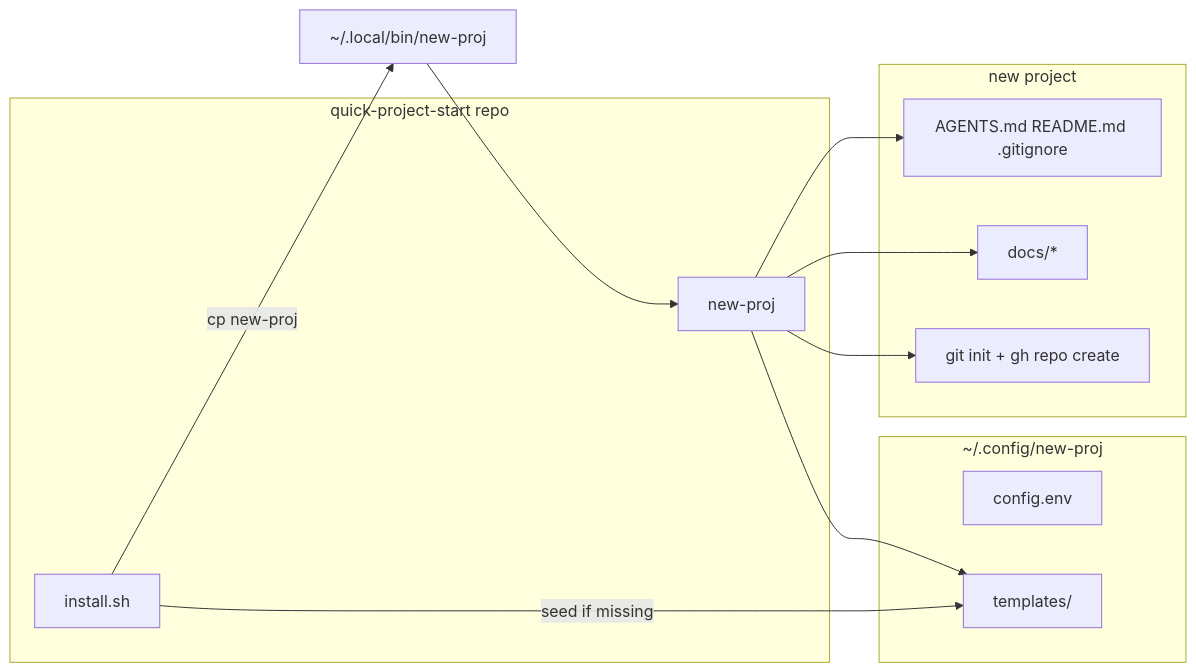
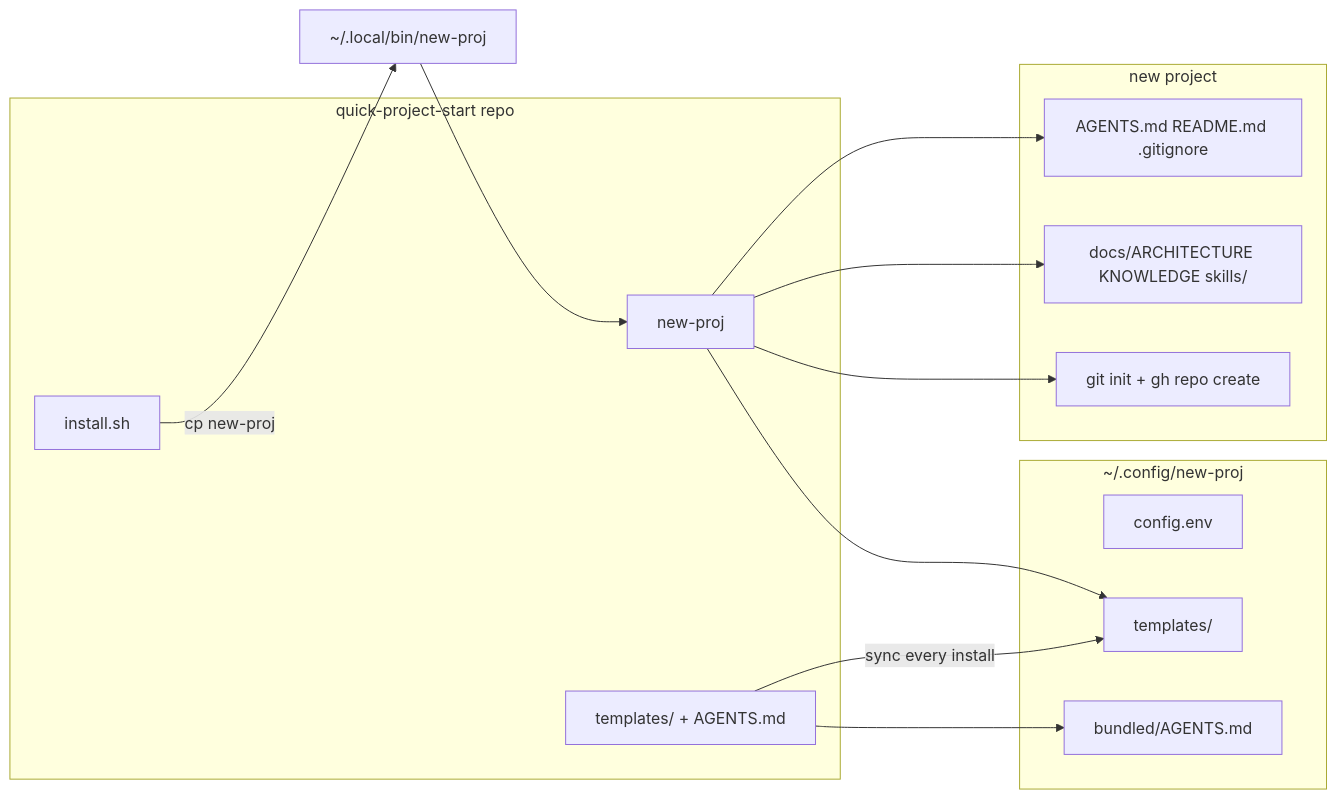
Before and after one commit to jdserenity/quick-project-start: the diagram in docs/ARCHITECTURE.md, drawn with Mermaid. The commit also changed other lines of this file and 8 other files, not shown here.

First line of the commit message:
Replace DEPLOY/TODO scaffold with KNOWLEDGE.md and docs/skills (AGENTS 1.1.0).

````diff
--- a/docs/ARCHITECTURE.md
+++ b/docs/ARCHITECTURE.md
@@ -60,23 +89,26 @@
 ```mermaid
 flowchart LR
   subgraph repo["quick-project-start repo"]
     install["install.sh"]
     script["new-proj"]
+    tplsrc["templates/ + AGENTS.md"]
   end
   subgraph global["~/.config/new-proj"]
     cfg["config.env"]
     tpl["templates/"]
+    bundled["bundled/AGENTS.md"]
   end
   subgraph out["new project"]
     root["AGENTS.md README.md .gitignore"]
-    scaffold["docs/*"]
+    scaffold["docs/ARCHITECTURE KNOWLEDGE skills/"]
     git["git init + gh repo create"]
   end
   install -->|"cp new-proj"| bin["~/.local/bin/new-proj"]
-  install -->|"seed if missing"| tpl
+  tplsrc -->|"sync every install"| tpl
+  tplsrc --> bundled
   bin --> script
   script --> tpl
   script --> root
   script --> scaffold
   script --> git
 ```
````
